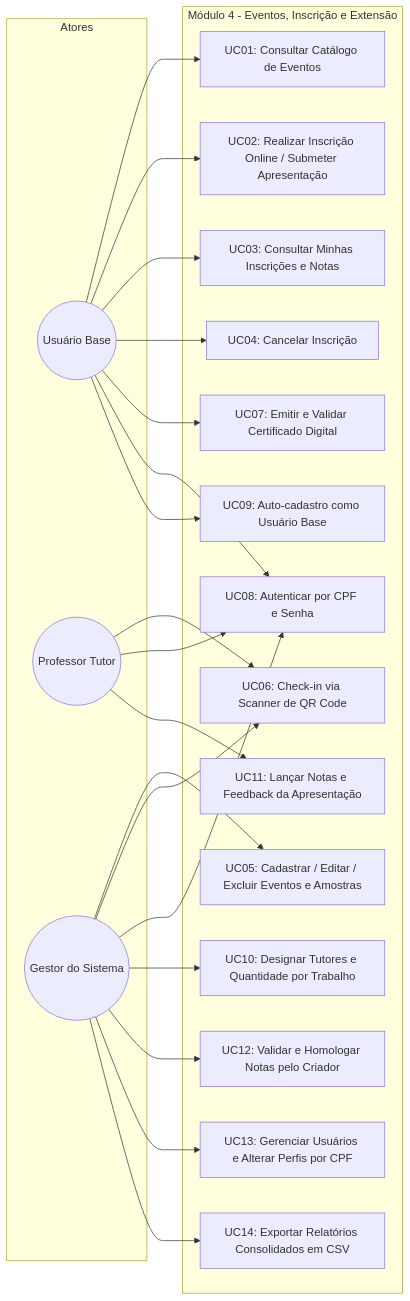
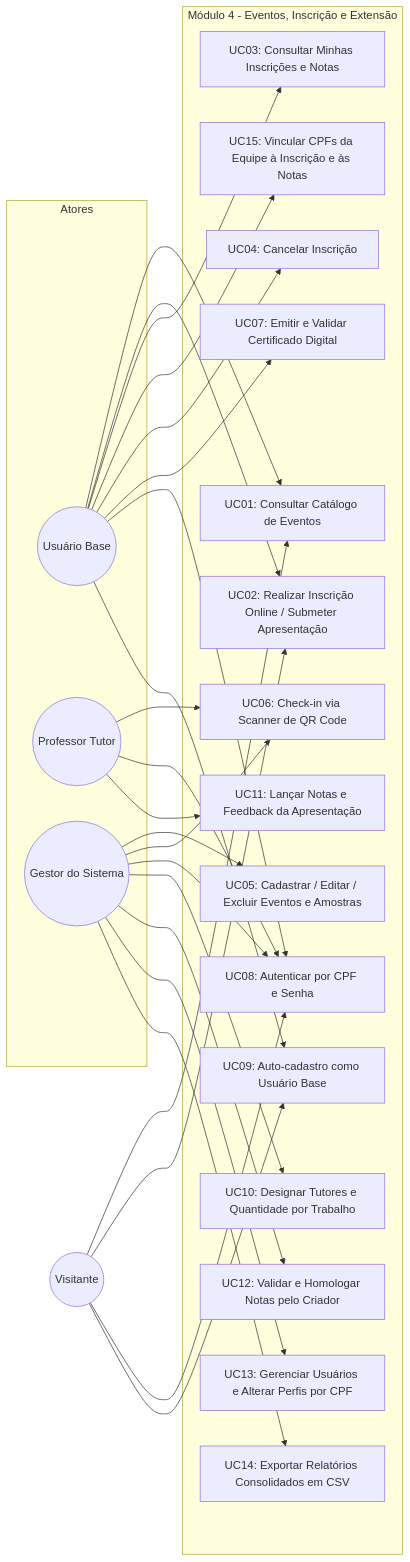
One commit to eduardomotoboy/Eventos changed the diagram in documentos/caso-de-uso/README.md. Above: the diagram before and after it, drawn with Mermaid. The commit also changed other lines of this file and 12 other files, not shown here.

````diff
--- a/documentos/caso-de-uso/README.md
+++ b/documentos/caso-de-uso/README.md
@@ -16,45 +17,51 @@
 ```mermaid
 flowchart LR
     subgraph Atores
         UB((Usuário Base))
         PT((Professor Tutor))
         GS((Gestor do Sistema))
     end
 
     subgraph "Módulo 4 - Eventos, Inscrição e Extensão"
         UC01[UC01: Consultar Catálogo de Eventos]
         UC02[UC02: Realizar Inscrição Online / Submeter Apresentação]
         UC03[UC03: Consultar Minhas Inscrições e Notas]
         UC04[UC04: Cancelar Inscrição]
         UC05[UC05: Cadastrar / Editar / Excluir Eventos e Amostras]
         UC06[UC06: Check-in via Scanner de QR Code]
         UC07[UC07: Emitir e Validar Certificado Digital]
         UC08[UC08: Autenticar por CPF e Senha]
         UC09[UC09: Auto-cadastro como Usuário Base]
         UC10[UC10: Designar Tutores e Quantidade por Trabalho]
         UC11[UC11: Lançar Notas e Feedback da Apresentação]
         UC12[UC12: Validar e Homologar Notas pelo Criador]
         UC13[UC13: Gerenciar Usuários e Alterar Perfis por CPF]
         UC14[UC14: Exportar Relatórios Consolidados em CSV]
+        UC15[UC15: Vincular CPFs da Equipe à Inscrição e às Notas]
     end
 
+      V((Visitante)) --> UC01
+      V --> UC02
+      V --> UC08
+      V --> UC09
     UB --> UC01
     UB --> UC02
     UB --> UC03
+      UB --> UC15
     UB --> UC04
     UB --> UC07
     UB --> UC08
     UB --> UC09
 
     PT --> UC06
     PT --> UC08
     PT --> UC11
 
     GS --> UC05
     GS --> UC06
     GS --> UC08
     GS --> UC10
     GS --> UC12
     GS --> UC13
     GS --> UC14
 ```
````
